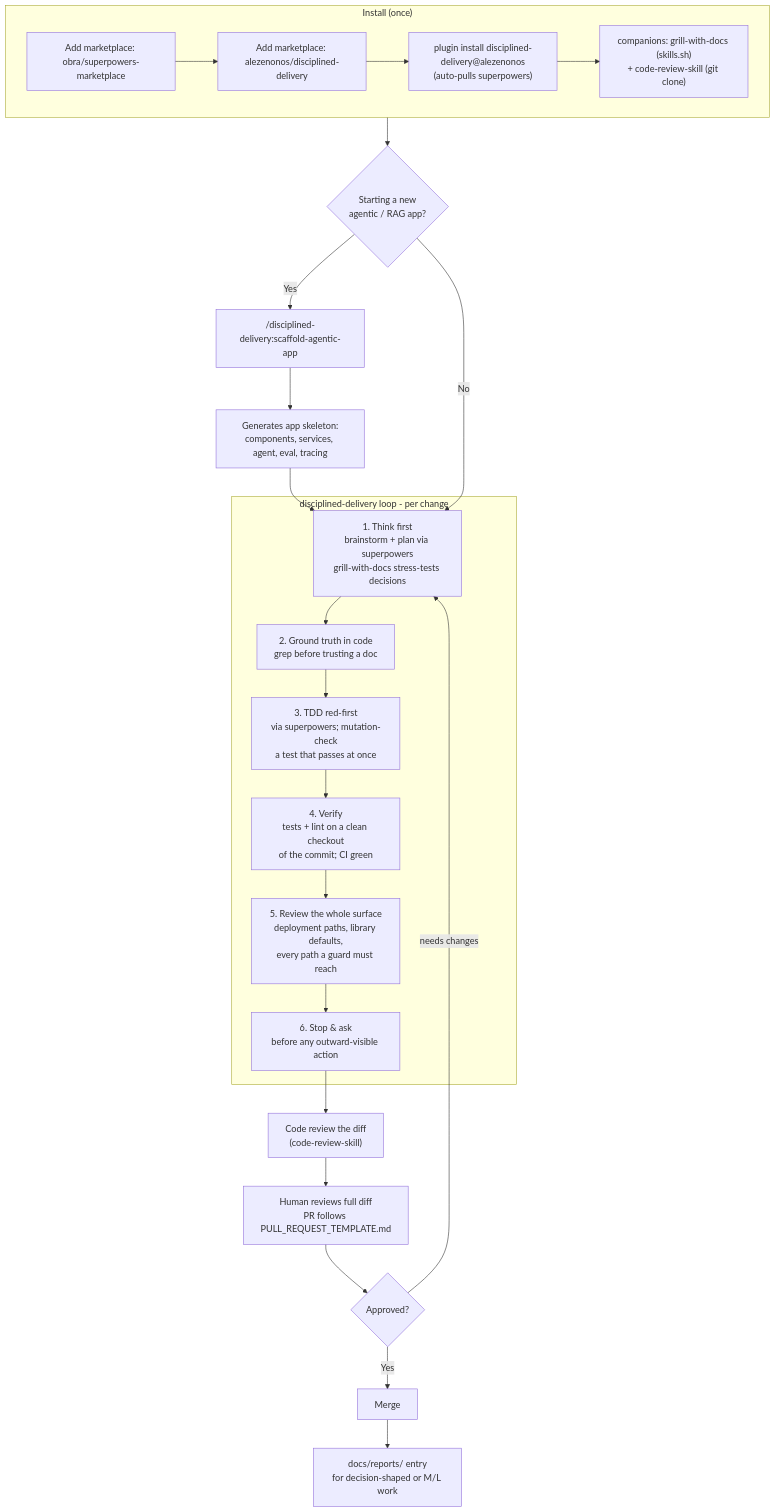
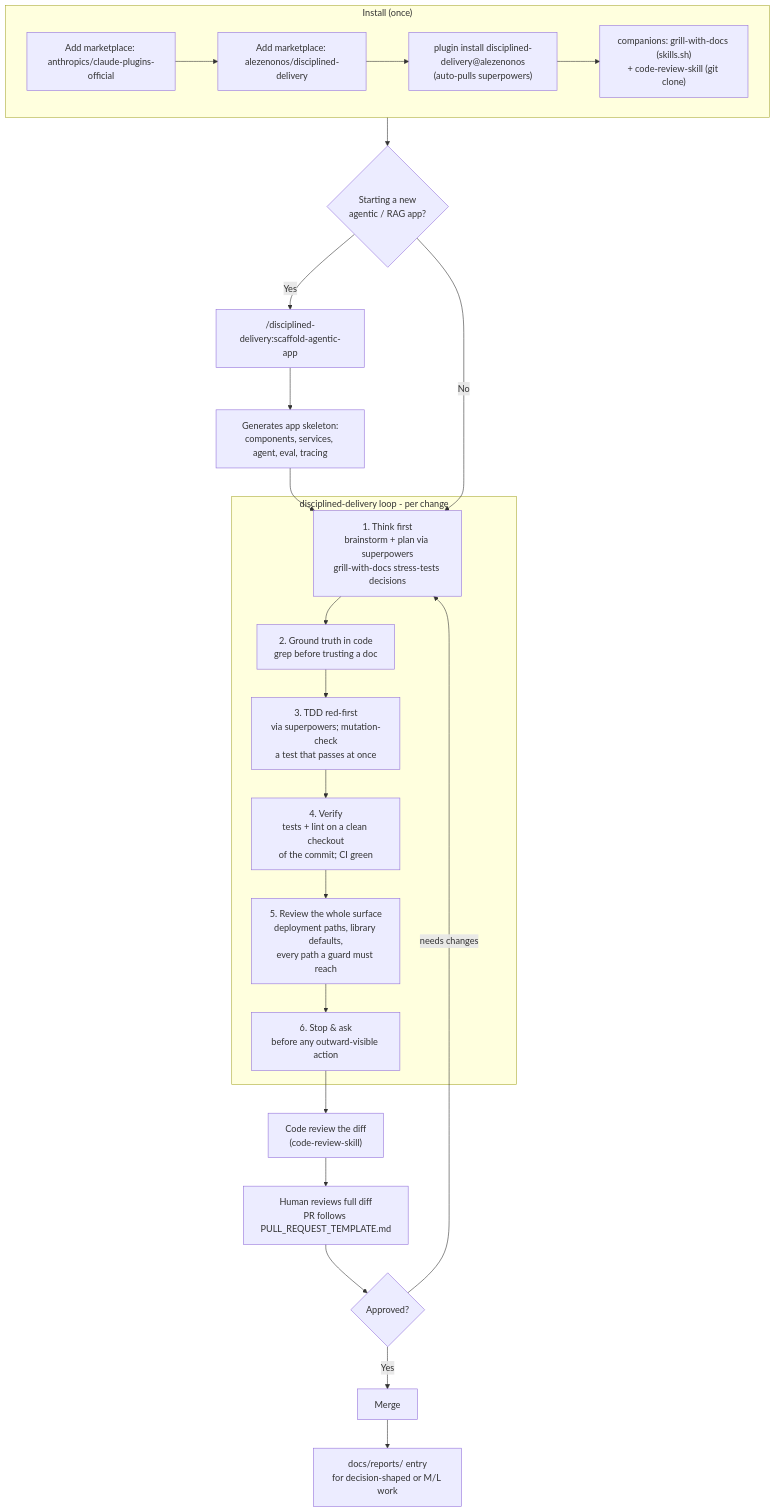
The diagram in README.md (alezenonos/disciplined-delivery), drawn with Mermaid before and after one commit. The commit also changed other lines of this file and 3 other files, not shown here.

First line of the commit message:
docs(install): document GitHub Copilot install and fix the superpowers marketplace

````diff
--- a/README.md
+++ b/README.md
@@ -22,29 +23,29 @@
 ```mermaid
 flowchart TD
     subgraph install["Install (once)"]
-      A1["Add marketplace: obra/superpowers-marketplace"] --> A2["Add marketplace: alezenonos/disciplined-delivery"]
+      A1["Add marketplace: anthropics/claude-plugins-official"] --> A2["Add marketplace: alezenonos/disciplined-delivery"]
       A2 --> A3["plugin install disciplined-delivery@alezenonos<br/>(auto-pulls superpowers)"]
       A3 --> A4["companions: grill-with-docs (skills.sh)<br/>+ code-review-skill (git clone)"]
     end
 
     install --> B{"Starting a new<br/>agentic / RAG app?"}
     B -- Yes --> C["/disciplined-delivery:scaffold-agentic-app"]
     C --> C1["Generates app skeleton:<br/>components, services, agent, eval, tracing"]
     C1 --> D
     B -- No --> D
 
     subgraph loop["disciplined-delivery loop - per change"]
       D["1. Think first<br/>brainstorm + plan via superpowers<br/>grill-with-docs stress-tests decisions"] --> D2["2. Ground truth in code<br/>grep before trusting a doc"]
       D2 --> E["3. TDD red-first<br/>via superpowers; mutation-check<br/>a test that passes at once"]
       E --> F["4. Verify<br/>tests + lint on a clean checkout<br/>of the commit; CI green"]
       F --> F2["5. Review the whole surface<br/>deployment paths, library defaults,<br/>every path a guard must reach"]
       F2 --> G["6. Stop & ask<br/>before any outward-visible action"]
     end
 
     G --> R["Code review the diff<br/>(code-review-skill)"]
     R --> H["Human reviews full diff<br/>PR follows PULL_REQUEST_TEMPLATE.md"]
     H --> I{"Approved?"}
     I -- "needs changes" --> D
     I -- Yes --> J["Merge"]
     J --> K["docs/reports/ entry<br/>for decision-shaped or M/L work"]
 ```
````
